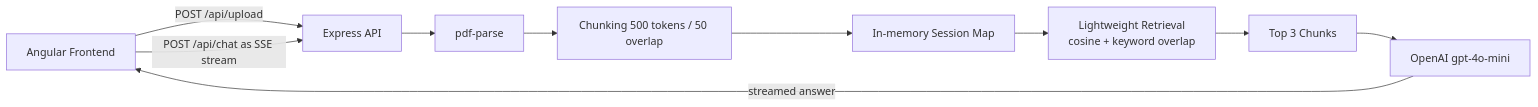
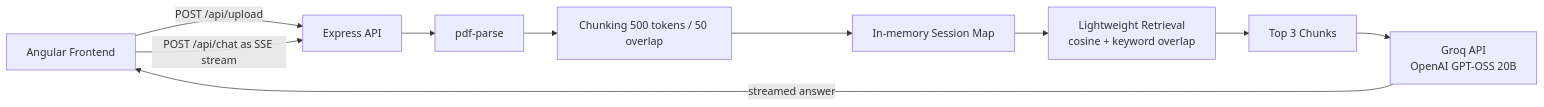
Before and after one commit to JomsonGit738/AI-Document-Chat_-RAG-Q-A-App-: the diagram in README.md, drawn with Mermaid. The commit also changed other lines of this file and 9 other files, not shown here.

````diff
--- a/README.md
+++ b/README.md
@@ -36,12 +46,12 @@
 ```mermaid
 flowchart LR
     A[Angular Frontend] -->|POST /api/upload| B[Express API]
     A -->|POST /api/chat as SSE stream| B
     B --> C[pdf-parse]
     C --> D[Chunking 500 tokens / 50 overlap]
     D --> E[In-memory Session Map]
     E --> F[Lightweight Retrieval<br/>cosine + keyword overlap]
     F --> G[Top 3 Chunks]
-    G --> H[OpenAI gpt-4o-mini]
+    G --> H[Groq API<br/>OpenAI GPT-OSS 20B]
     H -->|streamed answer| A
 ```
````
